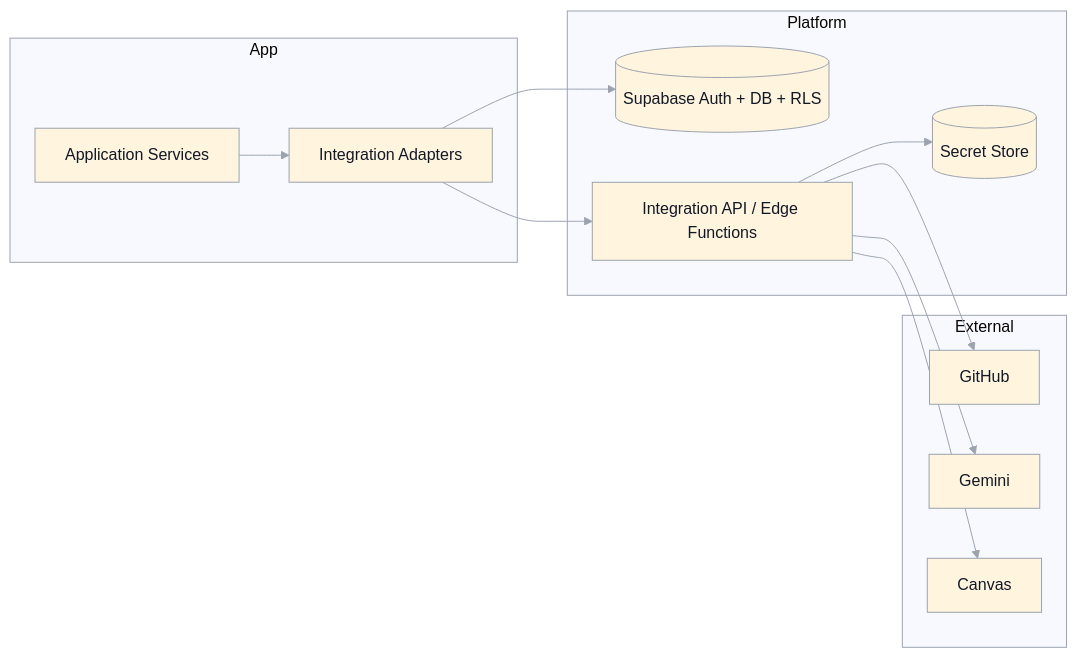
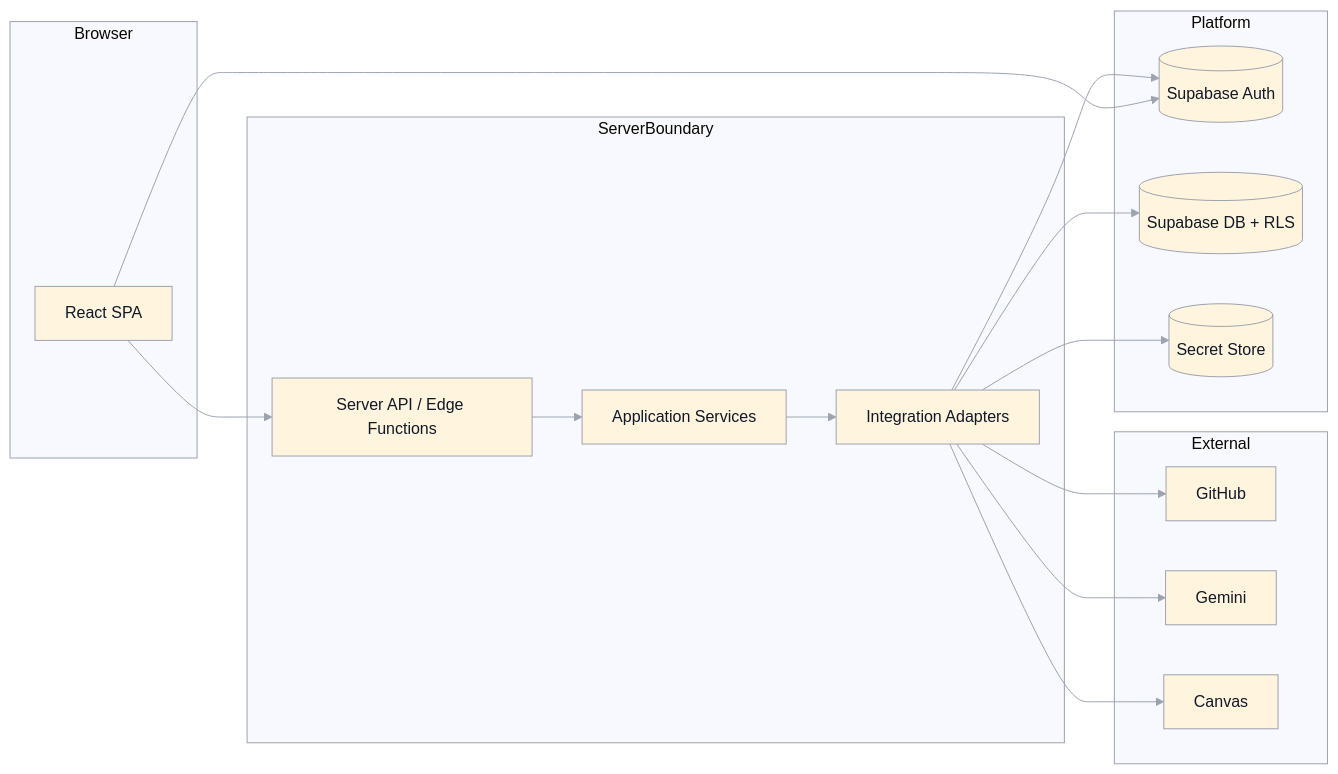
One commit to leesjensen/masteryls changed the diagram in specification/integrations.md. Above: the diagram before and after it, drawn with Mermaid. The commit also changed other lines of this file and 9 other files, not shown here.

Commit message:
spec: formalize API contracts and server boundary

````diff
--- a/specification/integrations.md
+++ b/specification/integrations.md
@@ -26,28 +26,36 @@
 ```mermaid
 %%{init: {"theme": "base", "themeVariables": {"background": "#ffffff", "lineColor": "#9ca3af", "primaryBorderColor": "#9ca3af", "secondaryBorderColor": "#9ca3af", "tertiaryBorderColor": "#9ca3af", "clusterBorder": "#9ca3af", "edgeLabelBackground": "#ffffff", "primaryTextColor": "#111827"}}}%%
 flowchart LR
-  subgraph App
+  subgraph Browser
+    UI[React SPA]
+  end
+
+  subgraph ServerBoundary
+    API[Server API / Edge Functions]
     SVC[Application Services]
     ADP[Integration Adapters]
   end
 
   subgraph Platform
-    SB[(Supabase Auth + DB + RLS)]
-    FX[Integration API / Edge Functions]
+    SA[(Supabase Auth)]
+    SDB[(Supabase DB + RLS)]
     VAULT[(Secret Store)]
   end
 
   subgraph External
     GH[GitHub]
     GM[Gemini]
     CV[Canvas]
   end
 
+  UI --> API
+  UI --> SA
+  API --> SVC
   SVC --> ADP
-  ADP --> SB
-  ADP --> FX
-  FX --> VAULT
-  FX --> GH
-  FX --> GM
-  FX --> CV
+  ADP --> SDB
+  ADP --> SA
+  ADP --> VAULT
+  ADP --> GH
+  ADP --> GM
+  ADP --> CV
 ```
````
